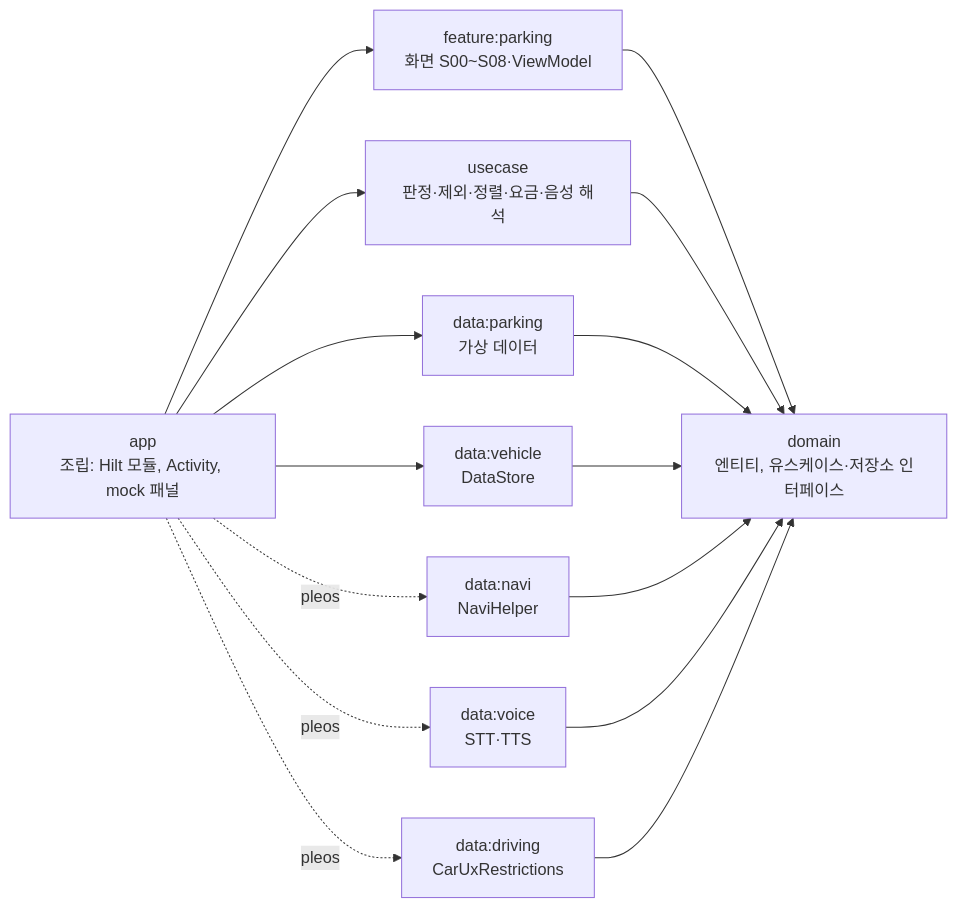
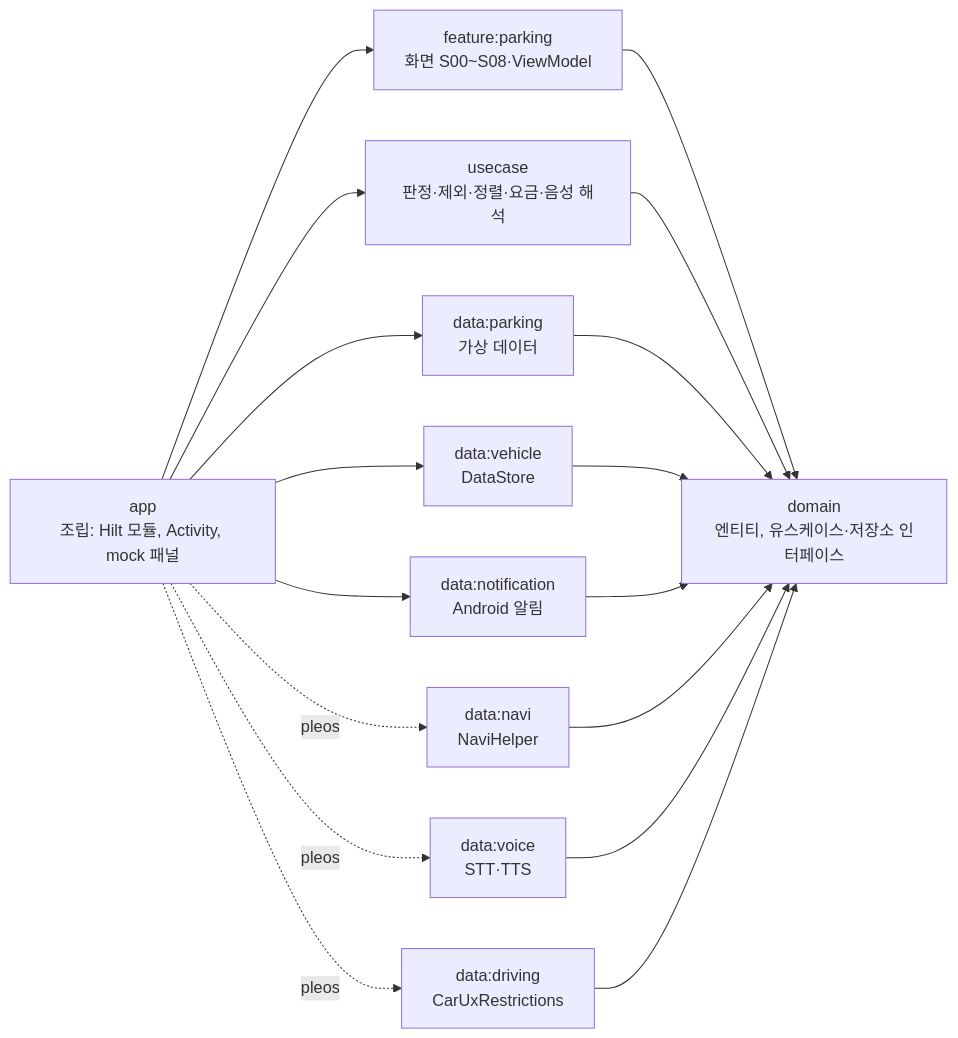
The diagram in README.md (ParkingHDTeam/UntilParking), drawn with Mermaid before and after one commit. The commit also changed other lines of this file and 12 other files, not shown here.

````diff
--- a/README.md
+++ b/README.md
@@ -48,17 +49,19 @@
 ```mermaid
 flowchart LR
     app[app<br/>조립: Hilt 모듈, Activity, mock 패널] --> feature[feature:parking<br/>화면 S00~S08·ViewModel]
     app --> usecase[usecase<br/>판정·제외·정렬·요금·음성 해석]
     app --> parking[data:parking<br/>가상 데이터]
     app --> vehicle[data:vehicle<br/>DataStore]
+    app --> notification[data:notification<br/>Android 알림]
     app -. pleos .-> navi[data:navi<br/>NaviHelper]
     app -. pleos .-> voice[data:voice<br/>STT·TTS]
     app -. pleos .-> driving[data:driving<br/>CarUxRestrictions]
     feature --> domain[domain<br/>엔티티, 유스케이스·저장소 인터페이스]
     usecase --> domain
     parking --> domain
     vehicle --> domain
+    notification --> domain
     navi --> domain
     voice --> domain
     driving --> domain
 ```
````
